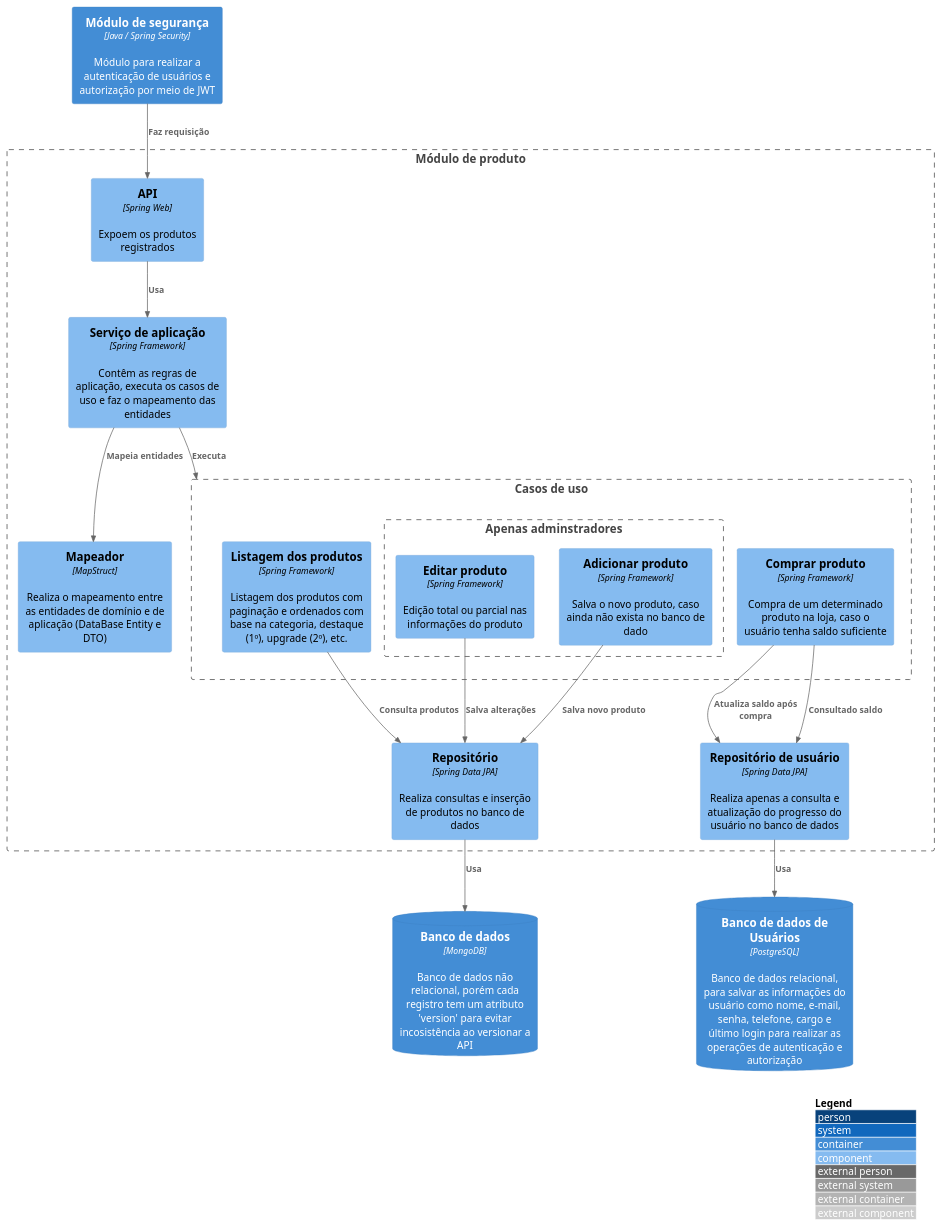
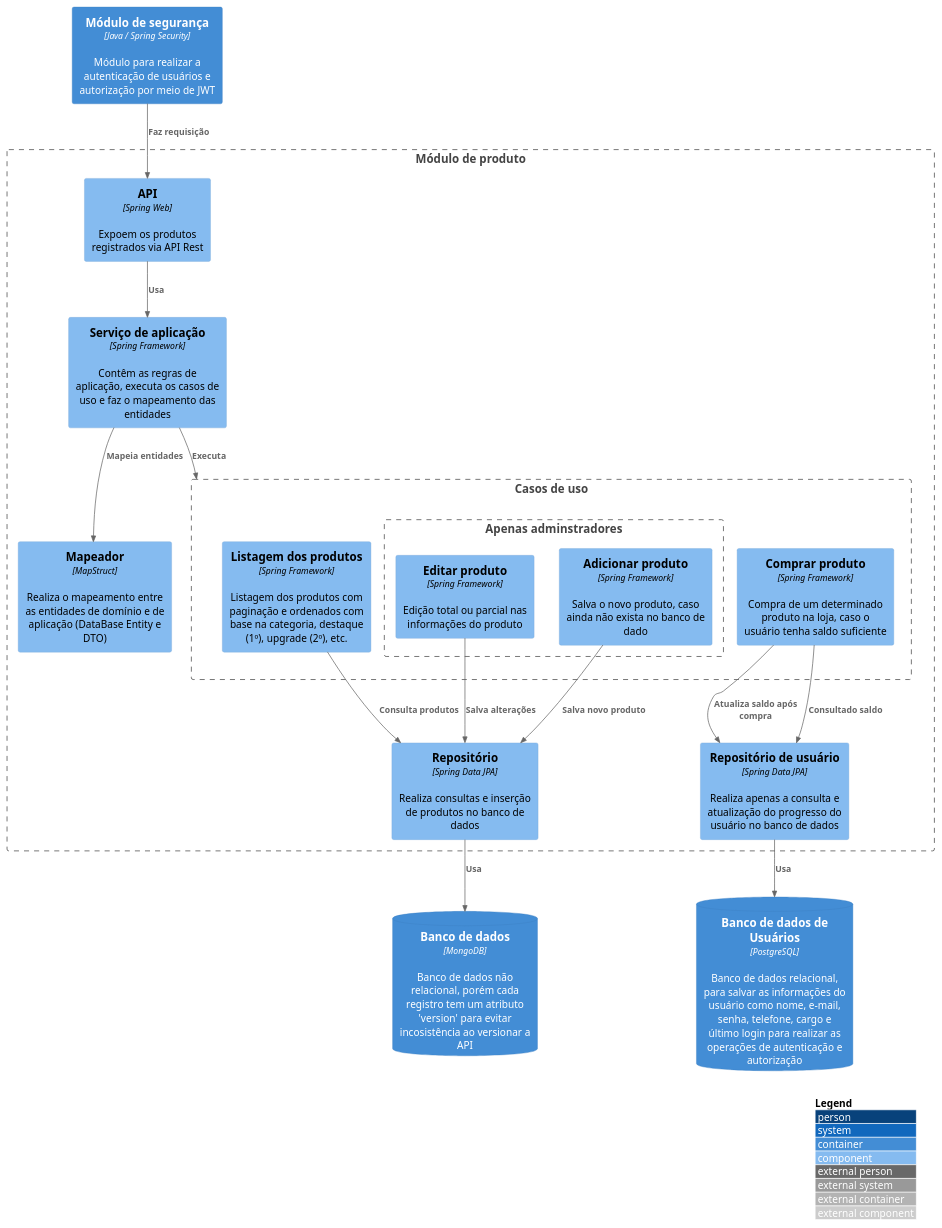
Before and after one commit to Open-3A/3A-c4-model: the diagram in C3 Components/Back-end/Módulo de produto/product_module.puml, drawn with PlantUML. The commit also changed 8 other files, not shown here.

Commit message:
refactor: grammar correction and diagrams hot fix

```diff
--- a/C3 Components/Back-end/Módulo de produto/product_module.puml
+++ b/C3 Components/Back-end/Módulo de produto/product_module.puml
@@ -1,42 +1,42 @@
 @startuml Product Module
 
 !include https://raw.githubusercontent.com/adrianvlupu/C4-PlantUML/latest/C4_Component.puml
 
 LAYOUT_WITH_LEGEND()
 
 Container(security_module, "Módulo de segurança", "Java / Spring Security", "Módulo para realizar a autenticação de usuários e autorização por meio de JWT")
 
 Boundary(product_module, "Módulo de produto"){
-  Component(product_api, "API", "Spring Web", "Expoem os produtos registrados")
+  Component(product_api, "API", "Spring Web", "Expoem os produtos registrados via API Rest")
   Component(product_service, "Serviço de aplicação", "Spring Framework", "Contêm as regras de aplicação, executa os casos de uso e faz o mapeamento das entidades")
   Component(product_mapper, "Mapeador", "MapStruct", "Realiza o mapeamento entre as entidades de domínio e de aplicação (DataBase Entity e DTO)")
 
   Boundary(product_use_cases, "Casos de uso"){
     Boundary(only_admins, "Apenas adminstradores"){
       Component(edit_product_use_case, "Editar produto", "Spring Framework", "Edição total ou parcial nas informações do produto")
       Component(add_product_use_case, "Adicionar produto", "Spring Framework", "Salva o novo produto, caso ainda não exista no banco de dado")
     }
     Component(list_products_use_case, "Listagem dos produtos", "Spring Framework", "Listagem dos produtos com paginação e ordenados com base na categoria, destaque (1º), upgrade (2º), etc.")
     Component(buy_product_use_case, "Comprar produto", "Spring Framework", "Compra de um determinado produto na loja, caso o usuário tenha saldo suficiente")
   }
 
   Component(product_repository, "Repositório", "Spring Data JPA", "Realiza consultas e inserção de produtos no banco de dados")
   Component(user_repository, "Repositório de usuário", "Spring Data JPA", "Realiza apenas a consulta e atualização do progresso do usuário no banco de dados")
 }
 
 ContainerDb(db, "Banco de dados", "MongoDB", "Banco de dados não relacional, porém cada registro tem um atributo 'version' para evitar incosistência ao versionar a API")
 ContainerDb(user_db, "Banco de dados de Usuários", "PostgreSQL", "Banco de dados relacional, para salvar as informações do usuário como nome, e-mail, senha, telefone, cargo e último login para realizar as operações de autenticação e autorização")
 
 Rel(security_module, product_api, "Faz requisição")
 Rel(product_api, product_service, "Usa")
 Rel(product_service, product_use_cases, "Executa")
 Rel(product_service, product_mapper, "Mapeia entidades")
 Rel(list_products_use_case, product_repository, "Consulta produtos")
 Rel(edit_product_use_case, product_repository, "Salva alterações")
 Rel(add_product_use_case, product_repository, "Salva novo produto")
 Rel(product_repository, db, "Usa")
 Rel(buy_product_use_case, user_repository, "Consultado saldo")
 Rel(buy_product_use_case, user_repository, "Atualiza saldo após compra")
 Rel(user_repository, user_db, "Usa")
 
 @enduml
```
